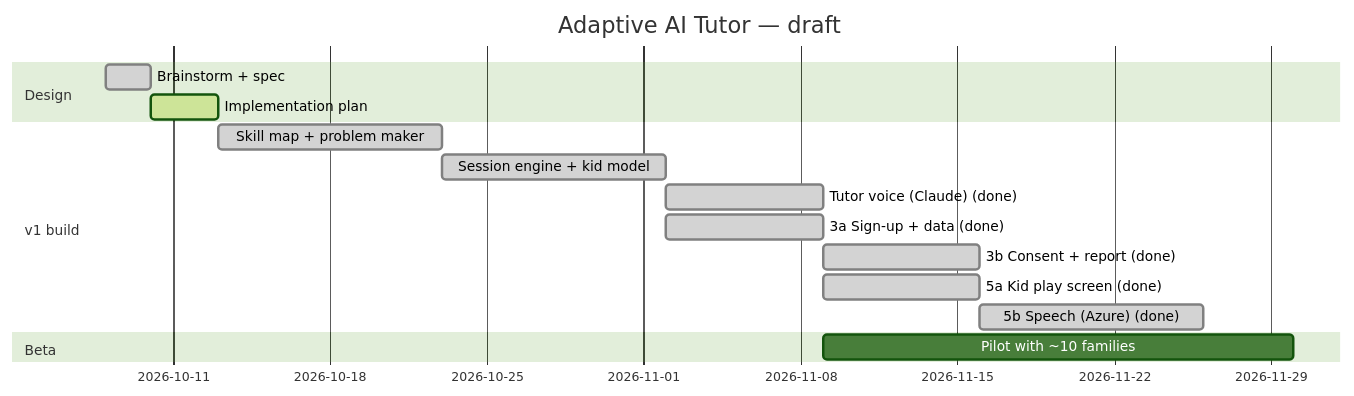
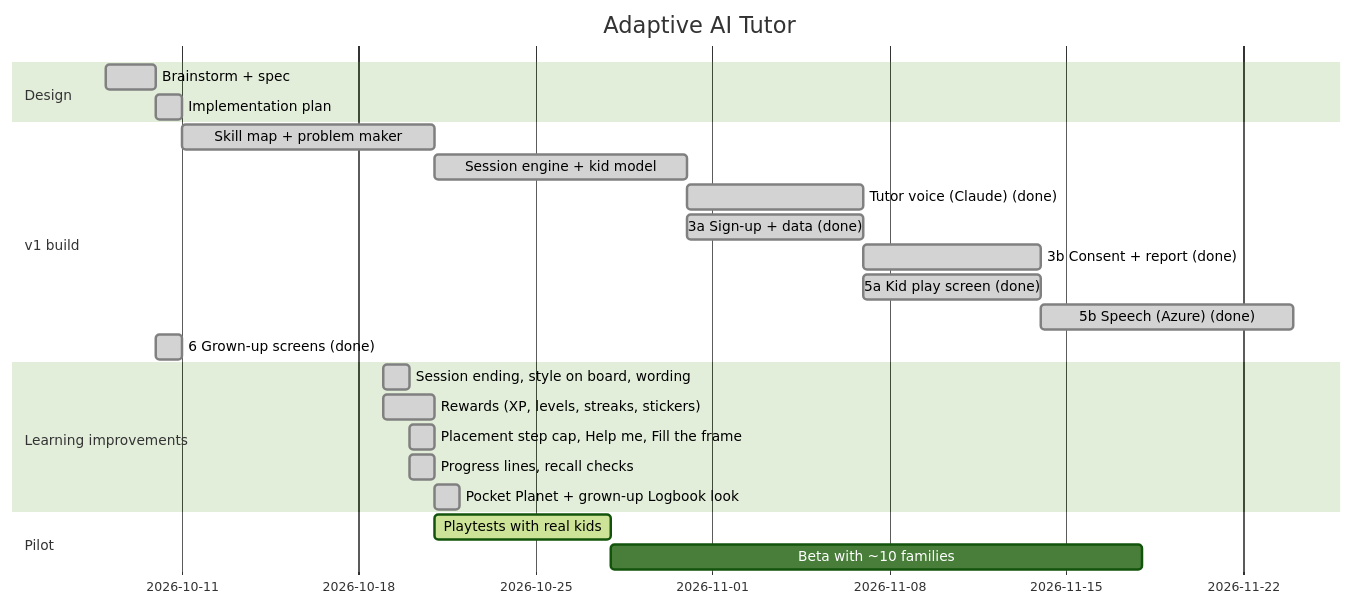
One commit to andrejovnarski/ai-tutor changed the diagram in vault/05 Roadmap/Roadmap.md. Above: the diagram before and after it, drawn with Mermaid (forest theme). The commit also changed other lines of this file and 4 other files, not shown here.

First line of the commit message:
docs: status update after help, recall, rewards and redesigns

````diff
--- a/vault/05 Roadmap/Roadmap.md
+++ b/vault/05 Roadmap/Roadmap.md
@@ -9,18 +9,26 @@
 ```mermaid
 gantt
-  title Adaptive AI Tutor — draft
+  title Adaptive AI Tutor
   dateFormat YYYY-MM-DD
   section Design
   Brainstorm + spec         :done, d1, 2026-10-08, 2d
-  Implementation plan       :active, d2, after d1, 3d
+  Implementation plan       :done, d2, after d1, 1d
   section v1 build
   Skill map + problem maker :done, b1, after d2, 10d
   Session engine + kid model:done, b2, after b1, 10d
   Tutor voice (Claude) (done) :done, b4, after b2, 7d
   3a Sign-up + data (done)  :done, b5a, after b2, 7d
   3b Consent + report (done) :done, b5b, after b5a, 7d
   5a Kid play screen (done) :done, b3a, after b4, 7d
   5b Speech (Azure) (done)  :done, b3b, after b3a, 10d
-  section Beta
-  Pilot with ~10 families   :p1, after b4, 21d
+  6 Grown-up screens (done) :done, b6, 2026-10-10, 1d
+  section Learning improvements
+  Session ending, style on board, wording :done, m1, 2026-10-19, 1d
+  Rewards (XP, levels, streaks, stickers) :done, m2, 2026-10-19, 2d
+  Placement step cap, Help me, Fill the frame :done, m3, 2026-10-20, 1d
+  Progress lines, recall checks :done, m4, 2026-10-20, 1d
+  Pocket Planet + grown-up Logbook look :done, m5, 2026-10-21, 1d
+  section Pilot
+  Playtests with real kids  :active, p0, 2026-10-21, 7d
+  Beta with ~10 families    :p1, after p0, 21d
 ```
````
